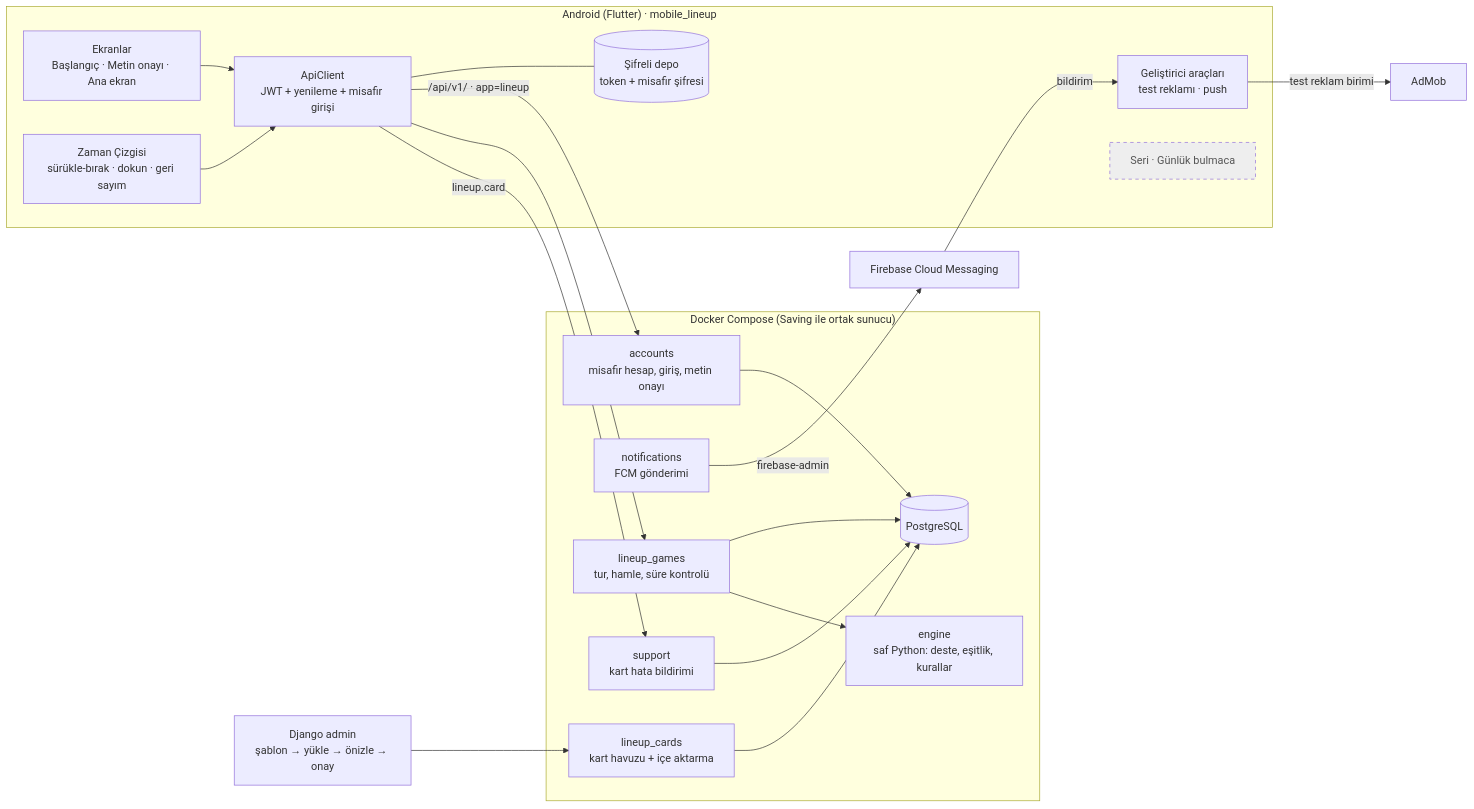
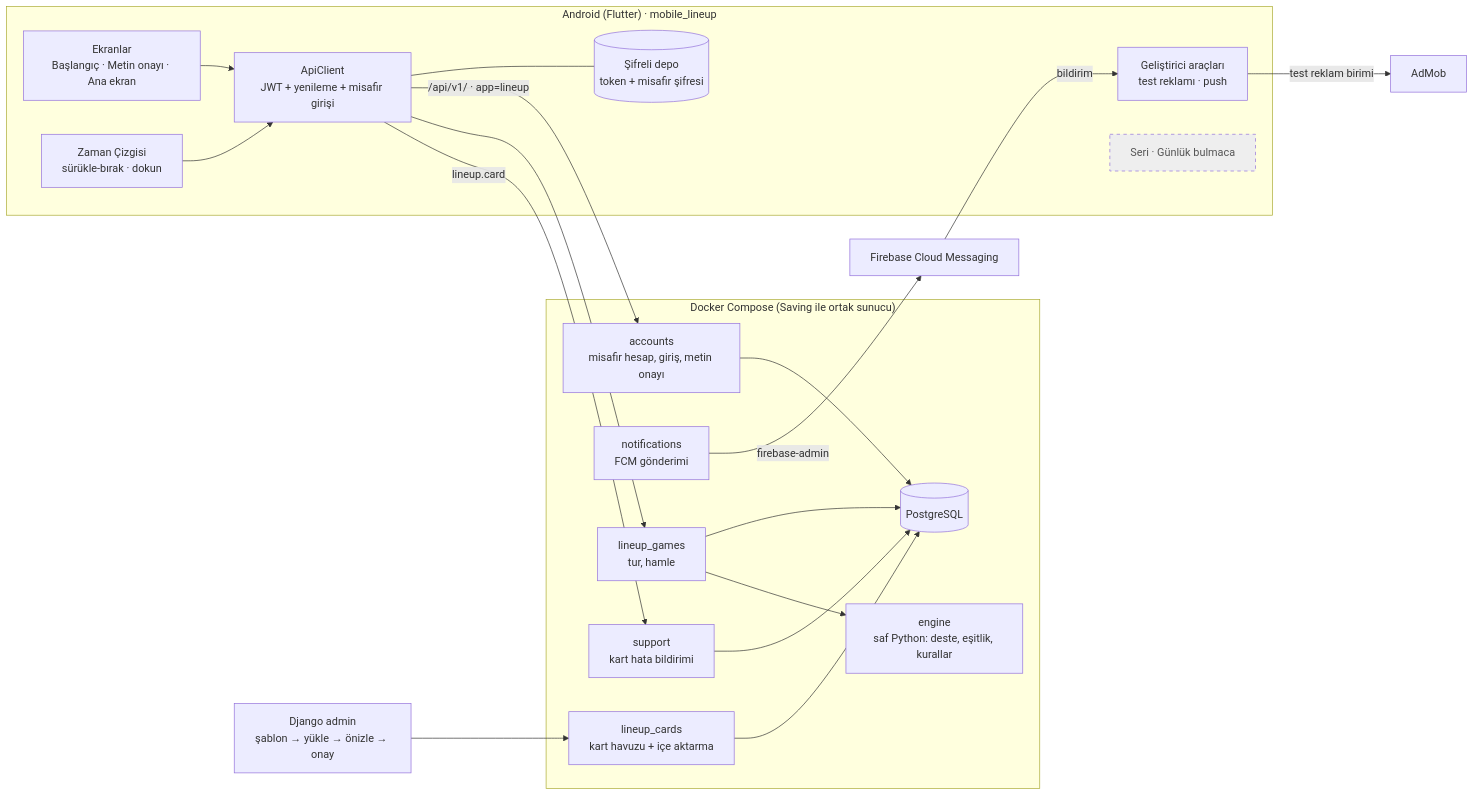
One commit to anilcelik0/saving changed the first of 4 diagrams in docs/FLOW_lineup.md. Above: the diagram before and after it, drawn with Mermaid. The commit also changed other lines of this file and 15 other files, not shown here.

````diff
--- a/docs/FLOW_lineup.md
+++ b/docs/FLOW_lineup.md
@@ -12,40 +12,40 @@
 ```mermaid
 flowchart LR
     subgraph Mobil["Android (Flutter) · mobile_lineup"]
         UI[Ekranlar<br/>Başlangıç · Metin onayı · Ana ekran]
         DEV[Geliştirici araçları<br/>test reklamı · push]
-        MODES[Zaman Çizgisi<br/>sürükle-bırak · dokun · geri sayım]
+        MODES[Zaman Çizgisi<br/>sürükle-bırak · dokun]
         LATER[Seri · Günlük bulmaca]
         API[ApiClient<br/>JWT + yenileme + misafir girişi]
         STORE[(Şifreli depo<br/>token + misafir şifresi)]
         UI --> API
         MODES --> API
         API --- STORE
     end
 
     subgraph Sunucu["Docker Compose (Saving ile ortak sunucu)"]
         ACC[accounts<br/>misafir hesap, giriş, metin onayı]
         NOTIF[notifications<br/>FCM gönderimi]
         CARDS[lineup_cards<br/>kart havuzu + içe aktarma]
-        GAMES[lineup_games<br/>tur, hamle, süre kontrolü]
+        GAMES[lineup_games<br/>tur, hamle]
         ENGINE[engine<br/>saf Python: deste, eşitlik, kurallar]
         SUP[support<br/>kart hata bildirimi]
         DB[(PostgreSQL)]
         ACC --> DB
         CARDS --> DB
         GAMES --> DB
         GAMES --> ENGINE
         SUP --> DB
     end
 
     API -->|/api/v1/ · app=lineup| ACC
     API --> GAMES
     API -->|lineup.card| SUP
     NOTIF -->|firebase-admin| FCM[Firebase Cloud Messaging]
     FCM -->|bildirim| DEV
     DEV -->|test reklam birimi| ADMOB[AdMob]
     ADM[Django admin<br/>şablon → yükle → önizle → onay] --> CARDS
 
     classDef planned stroke-dasharray: 5 5,fill:#eee,color:#555
     class LATER planned
 ```
````
